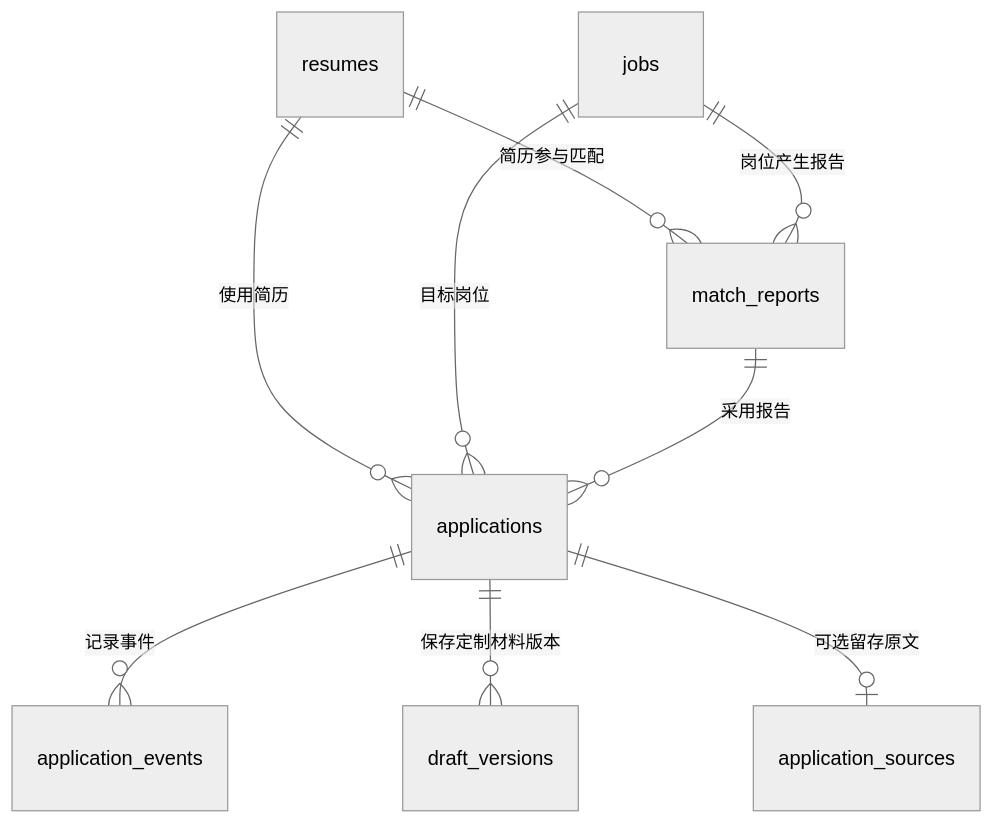
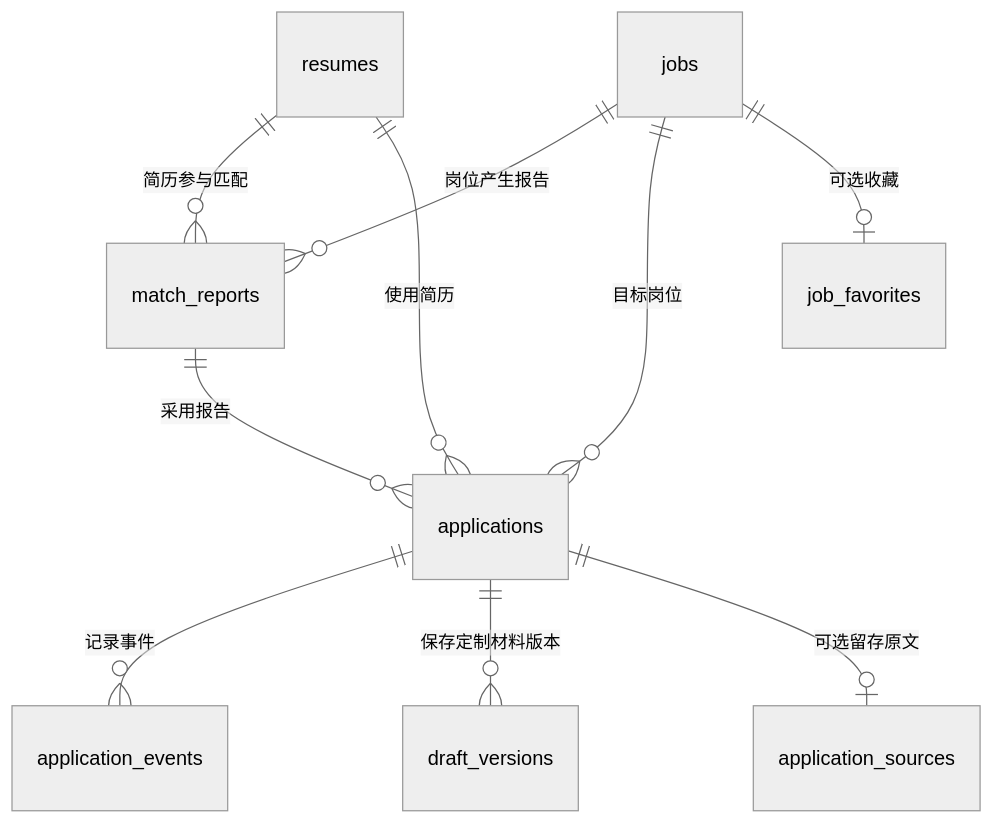
The diagram in docs/数据库设计与字段说明.md (uselesswork/AI-Agent), drawn with Mermaid (neutral theme) before and after one commit. The commit also changed other lines of this file and 15 other files, not shown here.

````diff
--- a/docs/数据库设计与字段说明.md
+++ b/docs/数据库设计与字段说明.md
@@ -22,11 +23,12 @@
 ```mermaid
 erDiagram
     resumes ||--o{ match_reports : "简历参与匹配"
     jobs ||--o{ match_reports : "岗位产生报告"
     resumes ||--o{ applications : "使用简历"
     jobs ||--o{ applications : "目标岗位"
     match_reports ||--o{ applications : "采用报告"
     applications ||--o{ application_events : "记录事件"
     applications ||--o{ draft_versions : "保存定制材料版本"
     applications ||--o| application_sources : "可选留存原文"
+    jobs ||--o| job_favorites : "可选收藏"
 ```
````
